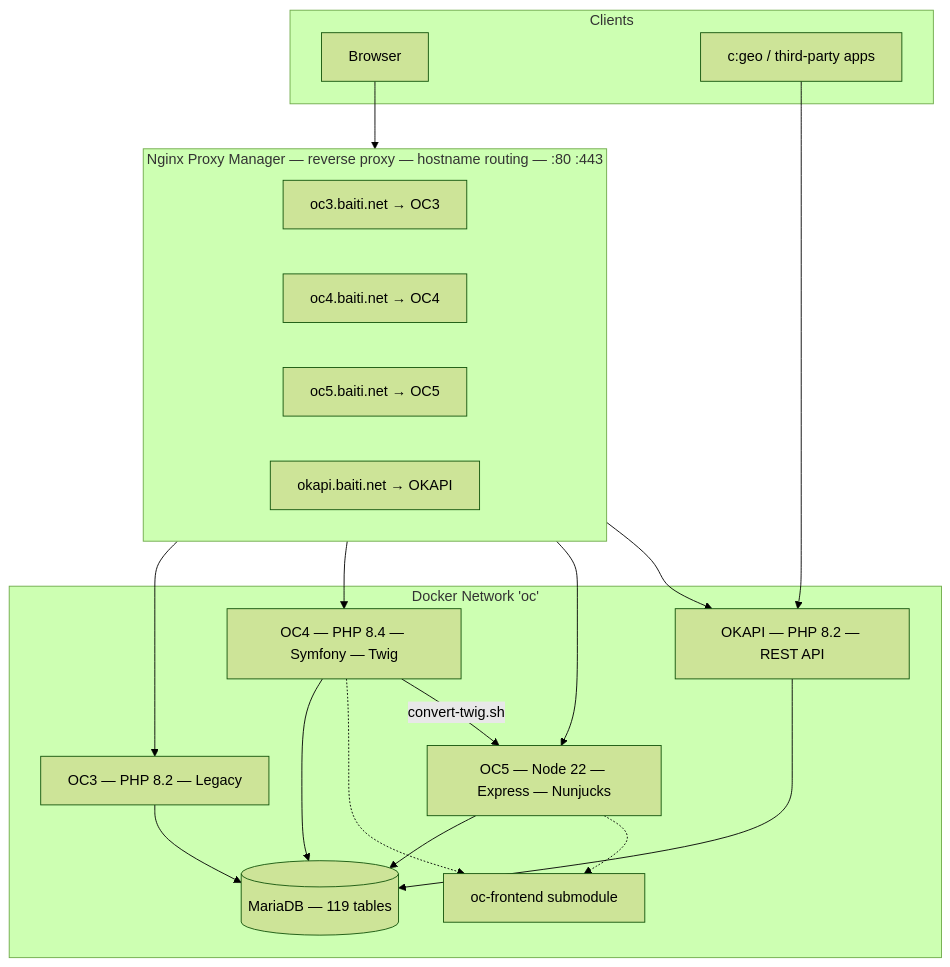
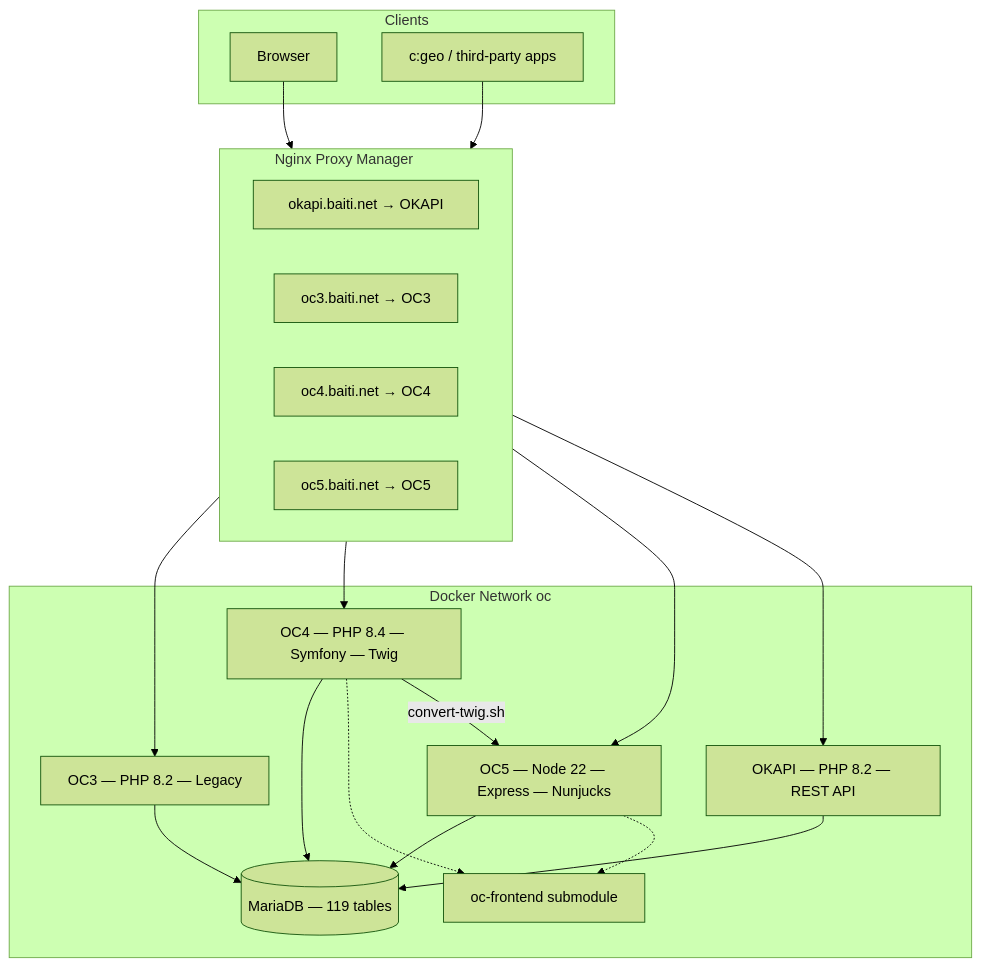
Before and after one commit to hxdimpf/oc5: the first of 4 diagrams in public/docs/architecture.md, drawn with Mermaid (forest theme).

Commit message:
docs: sync — c:geo into okapi box

````diff
--- a/public/docs/architecture.md
+++ b/public/docs/architecture.md
@@ -9,34 +9,35 @@
 ```mermaid
 flowchart TD
     U[Browser] --> NPM
-    CGEO[c:geo / third-party apps] --> D
+    CGEO[c:geo / third-party apps] --> R4
     NPM --> A
     NPM --> B
     NPM --> C
     NPM --> D
     A --> E
     B --> E
     C --> E
     D --> E
     B -.-> F
     C -.-> F
     B -->|convert-twig.sh| C
     subgraph Clients
         U
         CGEO
     end
-    subgraph NPM[Nginx Proxy Manager — reverse proxy — hostname routing — :80 :443]
+    subgraph NPM[&nbsp;&nbsp;&nbsp;&nbsp;&nbsp;Nginx Proxy Manager&nbsp;&nbsp;&nbsp;&nbsp;&nbsp;&nbsp;&nbsp;&nbsp;&nbsp;&nbsp;&nbsp;&nbsp;&nbsp;&nbsp;&nbsp;&nbsp;]
+        direction LR
+        R4[&nbsp;&nbsp;okapi.baiti.net  →  OKAPI&nbsp;&nbsp;]
         R1[oc3.baiti.net  →  OC3]
         R2[oc4.baiti.net  →  OC4]
         R3[oc5.baiti.net  →  OC5]
-        R4[okapi.baiti.net  →  OKAPI]
     end
-    subgraph OC[Docker Network 'oc']
+    subgraph OC[Docker Network oc]
         A[OC3 — PHP 8.2 — Legacy]
         D[OKAPI — PHP 8.2 — REST API]
         B[OC4 — PHP 8.4 — Symfony — Twig]
         C[OC5 — Node 22 — Express — Nunjucks]
         E[(MariaDB — 119 tables)]
         F[oc-frontend submodule]
     end
 ```
````
